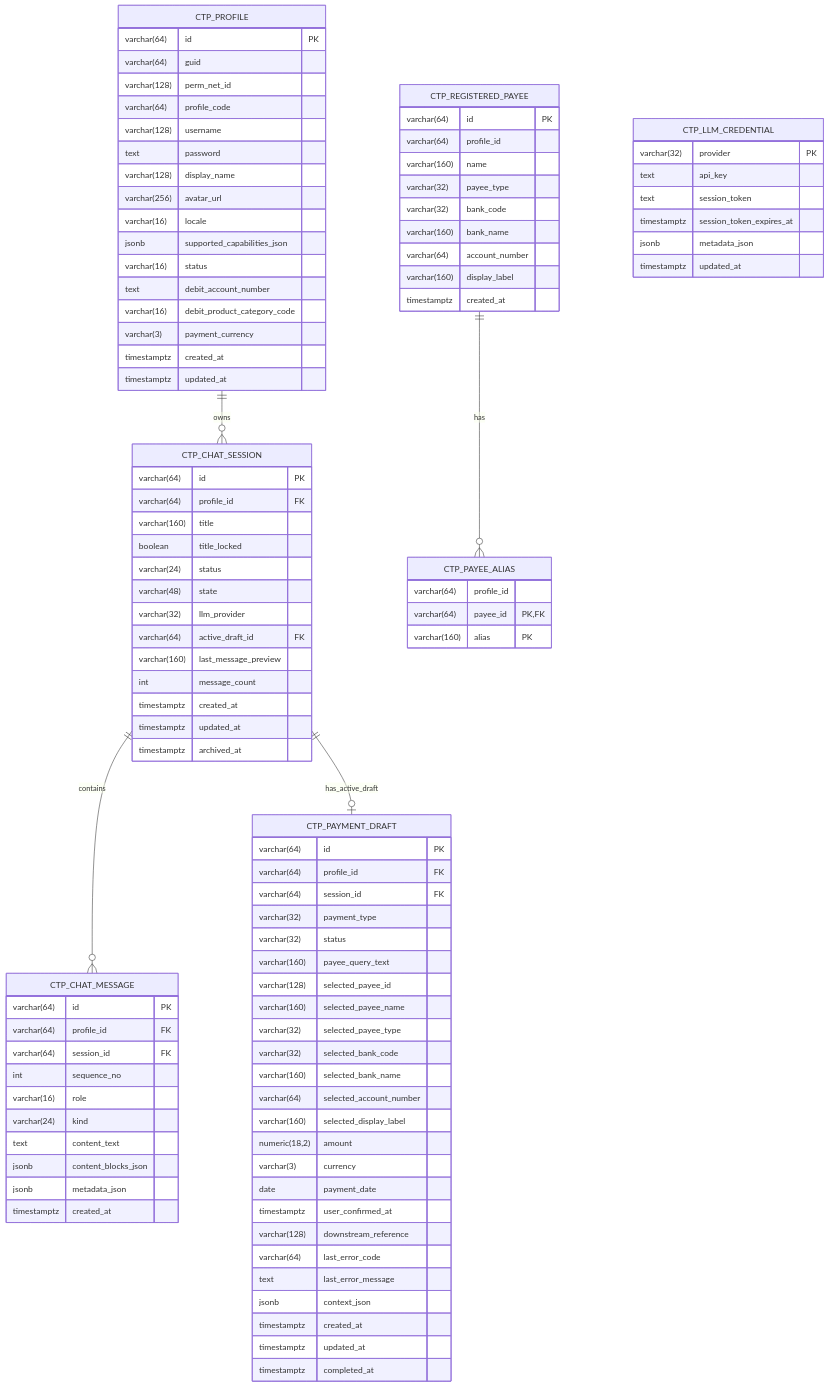
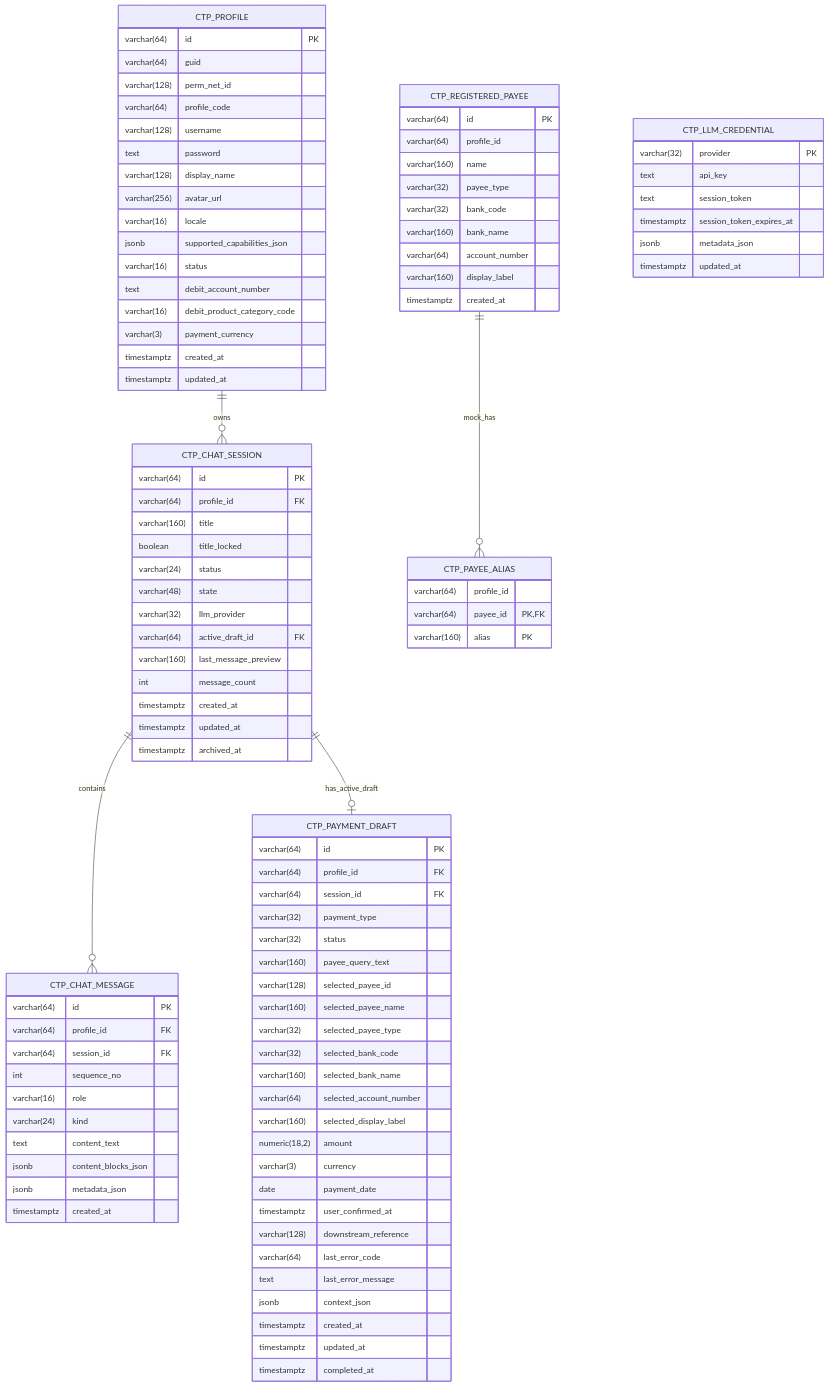
One commit to VictorZhong/chat2pay changed the diagram in docs/03-db_design.md. Above: the diagram before and after it, drawn with Mermaid. The commit also changed other lines of this file and 5 other files, not shown here.

```diff
--- a/docs/03-db_design.md
+++ b/docs/03-db_design.md
@@ -47,7 +56,7 @@
     CTP_PROFILE ||--o{ CTP_CHAT_SESSION : owns
     CTP_CHAT_SESSION ||--o{ CTP_CHAT_MESSAGE : contains
     CTP_CHAT_SESSION ||--o| CTP_PAYMENT_DRAFT : has_active_draft
-    CTP_REGISTERED_PAYEE ||--o{ CTP_PAYEE_ALIAS : has
+    CTP_REGISTERED_PAYEE ||--o{ CTP_PAYEE_ALIAS : mock_has
 
     CTP_PROFILE {
         varchar(64) id PK
```
